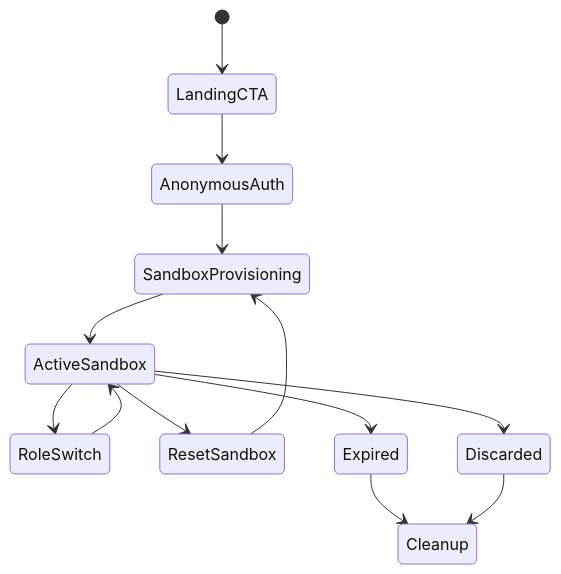
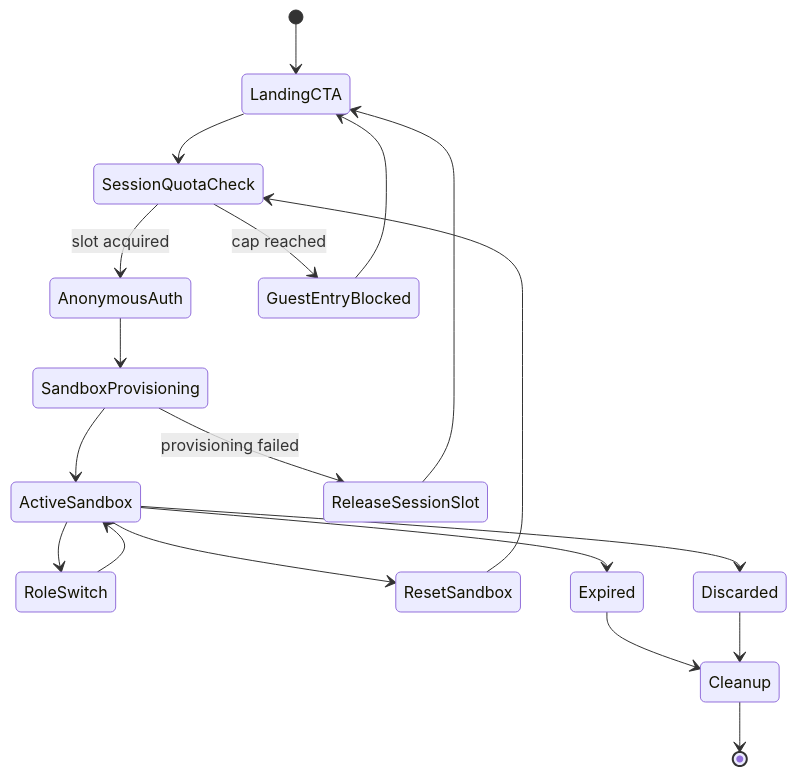
Before and after one commit to HaochenFa/AI-Learning-Platform-for-STEM: diagram 11 of 12 in ARCHITECTURE.md, drawn with Mermaid. The commit also changed other lines of this file and 3 other files, not shown here.

First line of the commit message:
docs: align stale mermaid diagrams with current runtime flows

````diff
--- a/ARCHITECTURE.md
+++ b/ARCHITECTURE.md
@@ -378,15 +382,21 @@
 ```mermaid
 stateDiagram-v2
     [*] --> LandingCTA
-    LandingCTA --> AnonymousAuth
+    LandingCTA --> SessionQuotaCheck
+    SessionQuotaCheck --> AnonymousAuth: slot acquired
+    SessionQuotaCheck --> GuestEntryBlocked: cap reached
+    GuestEntryBlocked --> LandingCTA
     AnonymousAuth --> SandboxProvisioning
     SandboxProvisioning --> ActiveSandbox
+    SandboxProvisioning --> ReleaseSessionSlot: provisioning failed
+    ReleaseSessionSlot --> LandingCTA
     ActiveSandbox --> RoleSwitch
     RoleSwitch --> ActiveSandbox
     ActiveSandbox --> ResetSandbox
-    ResetSandbox --> SandboxProvisioning
+    ResetSandbox --> SessionQuotaCheck
     ActiveSandbox --> Expired
     ActiveSandbox --> Discarded
     Expired --> Cleanup
     Discarded --> Cleanup
+    Cleanup --> [*]
 ```
````
